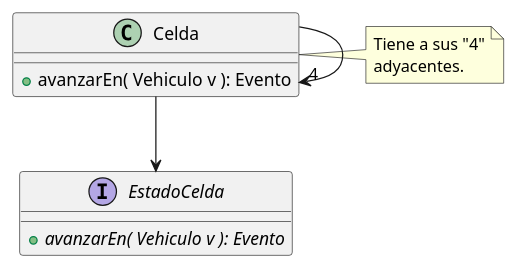
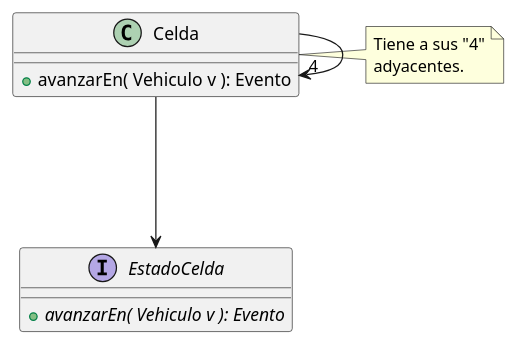
The second of 2 diagrams in diagrams/classes/Celda.puml (rodrigovzq/algo3_tp2), drawn with PlantUML before and after one commit. The commit also changed other lines of this file and 24 other files, not shown here.

Commit message:
Detalles de Diagramas Mejorado

```diff
--- a/diagrams/classes/Celda.puml
+++ b/diagrams/classes/Celda.puml
@@ -16,18 +16,18 @@
 @startuml(id=SINSUBCLASES)
 class Celda{
     + avanzarEn( Vehiculo v ): Evento
 }
 
-Celda --> EstadoCelda
-Celda -> "4" Celda
+Celda -down--> EstadoCelda
+Celda ---> "4" Celda
 
 interface EstadoCelda{
     + {abstract} avanzarEn( Vehiculo v ): Evento
 }
 
 note right of Celda
 Tiene a sus "4"
 adyacentes.
 end note
 
 @enduml
```
